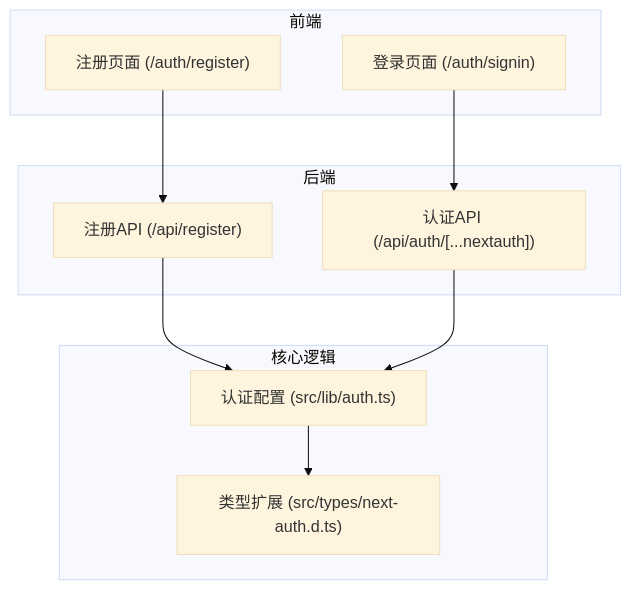
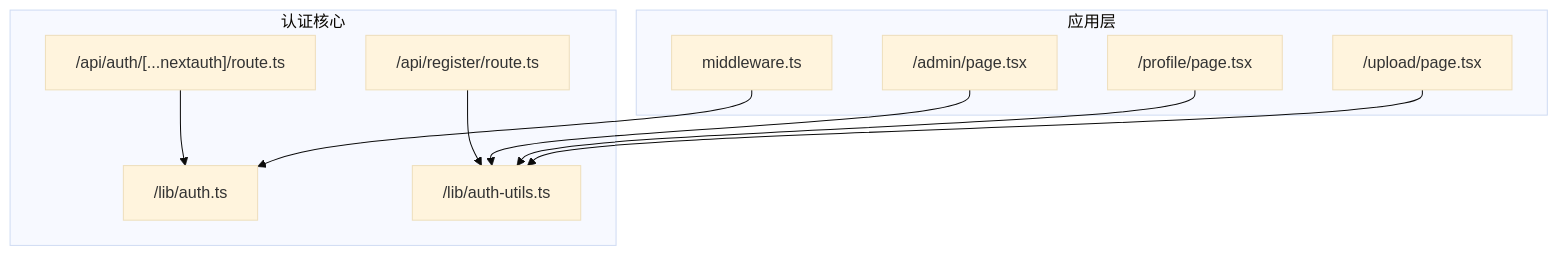
One commit to Eyre921/yunqi changed the first of 5 diagrams in .qoder/repowiki/zh/content/后端架构/认证系统/认证系统.md. Above: the diagram before and after it, drawn with Mermaid (base theme). The commit also changed other lines of this file and 24 other files, not shown here.

````diff
--- a/.qoder/repowiki/zh/content/后端架构/认证系统/认证系统.md
+++ b/.qoder/repowiki/zh/content/后端架构/认证系统/认证系统.md
@@ -29,20 +27,21 @@
 ```mermaid
 graph TB
-subgraph "前端"
-SignIn["登录页面 (/auth/signin)"]
-Register["注册页面 (/auth/register)"]
+subgraph "认证核心"
+AuthRoute["/api/auth/[...nextauth]/route.ts"]
+RegisterRoute["/api/register/route.ts"]
+AuthConfig["/lib/auth.ts"]
+AuthUtils["/lib/auth-utils.ts"]
 end
-subgraph "后端"
-AuthAPI["认证API (/api/auth/[...nextauth])"]
-RegisterAPI["注册API (/api/register)"]
+subgraph "应用层"
+Middleware["middleware.ts"]
+AdminPage["/admin/page.tsx"]
+ProfilePage["/profile/page.tsx"]
+UploadPage["/upload/page.tsx"]
 end
-subgraph "核心逻辑"
-AuthLib["认证配置 (src/lib/auth.ts)"]
-Types["类型扩展 (src/types/next-auth.d.ts)"]
-end
-SignIn --> AuthAPI
-Register --> RegisterAPI
-RegisterAPI --> AuthLib
-AuthAPI --> AuthLib
-AuthLib --> Types
+AuthRoute --> AuthConfig
+RegisterRoute --> AuthUtils
+Middleware --> AuthConfig
+AdminPage --> AuthUtils
+ProfilePage --> AuthUtils
+UploadPage --> AuthUtils
 ```
````
